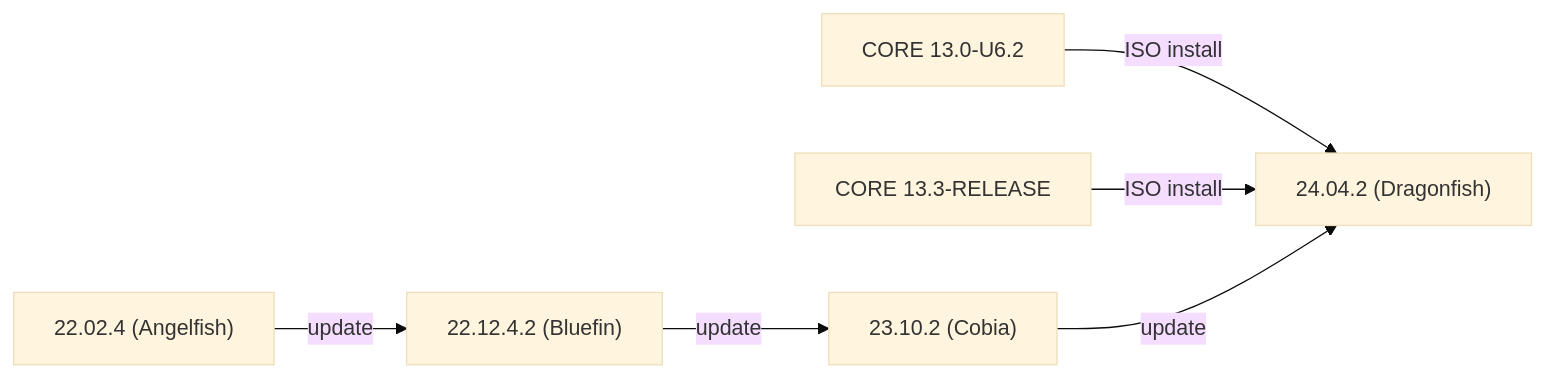
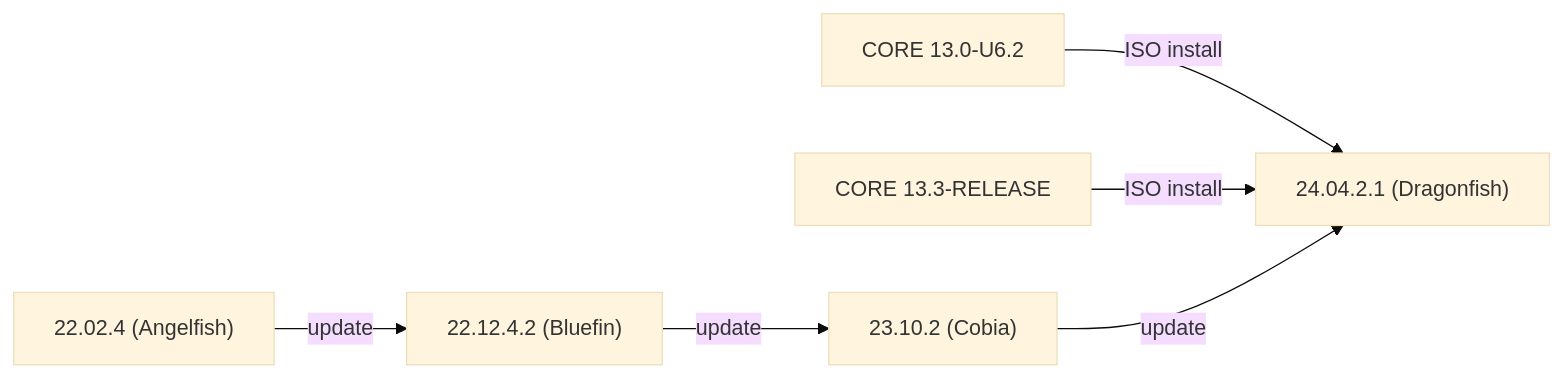
Before and after one commit to truenas/documentation: the first of 2 diagrams in static/includes/SCALEUpgradePaths.md, drawn with Mermaid (base theme). The commit also changed other lines of this file, not shown here.

```diff
--- a/static/includes/SCALEUpgradePaths.md
+++ b/static/includes/SCALEUpgradePaths.md
@@ -12,9 +12,9 @@
       {{< mermaid class="mermaid_sizing" >}}
       flowchart LR
         A["22.02.4 (Angelfish)"] -->|update| C
         B["CORE 13.0-U6.2"] -->|ISO install| E
 		F["CORE 13.3-RELEASE"] --> |ISO install| E
         C["22.12.4.2 (Bluefin)"] -->|update| D
         D["23.10.2 (Cobia)"] -->|update| E
-        E["24.04.2 (Dragonfish)"]
+        E["24.04.2.1 (Dragonfish)"]
       {{< /mermaid >}}
```
